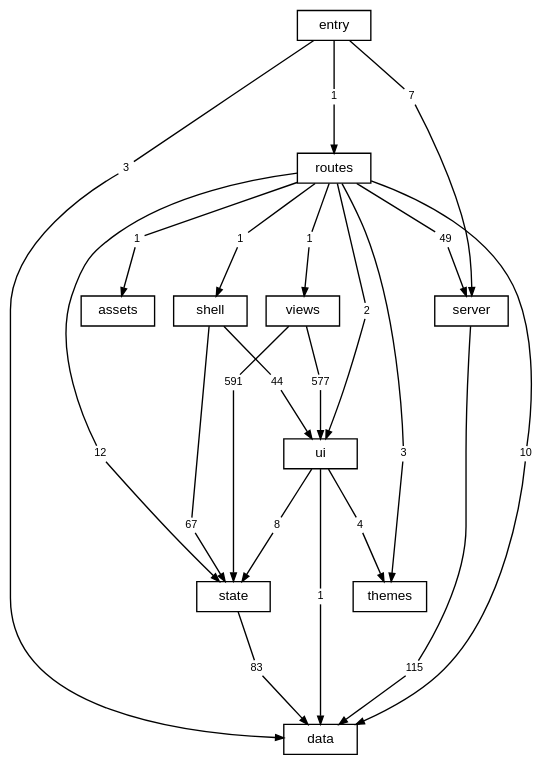
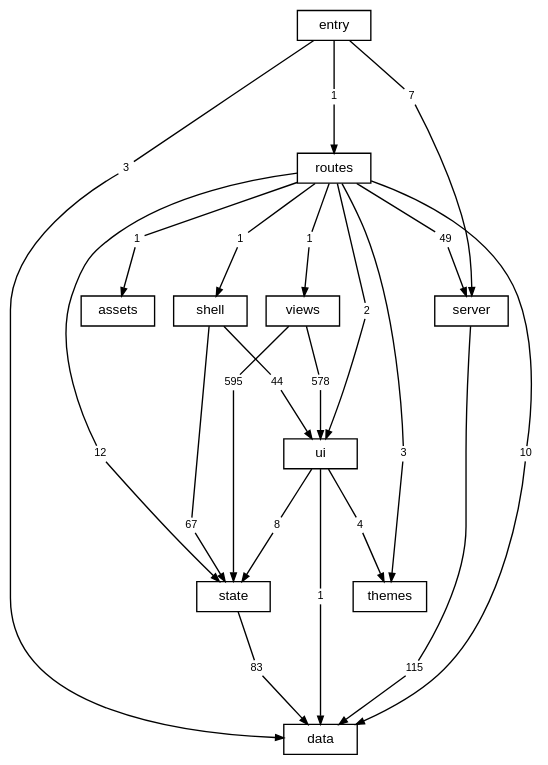
One commit to TheAxeC/oculus changed the diagram in docs/diagrams/layers.dot. Above: the diagram before and after it, drawn with Graphviz. The commit also changed 49 other files, not shown here.

```diff
--- a/docs/diagrams/layers.dot
+++ b/docs/diagrams/layers.dot
@@ -1,75 +1,75 @@
 digraph layers {
     graph [bgcolor="transparent", rankdir=TB, newrank=true, fontname="Helvetica,Arial,sans-serif", fontsize=12, nodesep=0.2, ranksep=0.5];
     node [shape=box, color="black", fontcolor="black", fontname="Helvetica,Arial,sans-serif", fontsize=10, height=0.3, margin="0.12,0.04"];
     edge [color="black", fontcolor="black", fontname="Helvetica,Arial,sans-serif", fontsize=8, arrowsize=0.6];
     "data";
     "server";
     "state";
     "ui";
     "shell";
     "views";
     "themes";
     "routes";
     "src" [label="entry"];
     "files: assets" [label="assets"];
     "routes to data" [label="10", shape=box, color="transparent", fontsize=8, width=0, height=0, margin="0.04,0.02"];
     "routes" -> "routes to data" [arrowhead=none];
     "routes to data" -> "data" [];
     "routes to files: assets" [label="1", shape=box, color="transparent", fontsize=8, width=0, height=0, margin="0.04,0.02"];
     "routes" -> "routes to files: assets" [arrowhead=none];
     "routes to files: assets" -> "files: assets" [];
     "routes to server" [label="49", shape=box, color="transparent", fontsize=8, width=0, height=0, margin="0.04,0.02"];
     "routes" -> "routes to server" [arrowhead=none];
     "routes to server" -> "server" [];
     "routes to shell" [label="1", shape=box, color="transparent", fontsize=8, width=0, height=0, margin="0.04,0.02"];
     "routes" -> "routes to shell" [arrowhead=none];
     "routes to shell" -> "shell" [];
     "routes to state" [label="12", shape=box, color="transparent", fontsize=8, width=0, height=0, margin="0.04,0.02"];
     "routes" -> "routes to state" [arrowhead=none];
     "routes to state" -> "state" [];
     "routes to themes" [label="3", shape=box, color="transparent", fontsize=8, width=0, height=0, margin="0.04,0.02"];
     "routes" -> "routes to themes" [arrowhead=none];
     "routes to themes" -> "themes" [];
     "routes to ui" [label="2", shape=box, color="transparent", fontsize=8, width=0, height=0, margin="0.04,0.02"];
     "routes" -> "routes to ui" [arrowhead=none];
     "routes to ui" -> "ui" [];
     "routes to views" [label="1", shape=box, color="transparent", fontsize=8, width=0, height=0, margin="0.04,0.02"];
     "routes" -> "routes to views" [arrowhead=none];
     "routes to views" -> "views" [];
     "server to data" [label="115", shape=box, color="transparent", fontsize=8, width=0, height=0, margin="0.04,0.02"];
     "server" -> "server to data" [arrowhead=none];
     "server to data" -> "data" [];
     "shell to state" [label="67", shape=box, color="transparent", fontsize=8, width=0, height=0, margin="0.04,0.02"];
     "shell" -> "shell to state" [arrowhead=none];
     "shell to state" -> "state" [];
     "shell to ui" [label="44", shape=box, color="transparent", fontsize=8, width=0, height=0, margin="0.04,0.02"];
     "shell" -> "shell to ui" [arrowhead=none];
     "shell to ui" -> "ui" [];
     "src to data" [label="3", shape=box, color="transparent", fontsize=8, width=0, height=0, margin="0.04,0.02"];
     "src" -> "src to data" [arrowhead=none];
     "src to data" -> "data" [];
     "src to routes" [label="1", shape=box, color="transparent", fontsize=8, width=0, height=0, margin="0.04,0.02"];
     "src" -> "src to routes" [arrowhead=none];
     "src to routes" -> "routes" [];
     "src to server" [label="7", shape=box, color="transparent", fontsize=8, width=0, height=0, margin="0.04,0.02"];
     "src" -> "src to server" [arrowhead=none];
     "src to server" -> "server" [];
     "state to data" [label="83", shape=box, color="transparent", fontsize=8, width=0, height=0, margin="0.04,0.02"];
     "state" -> "state to data" [arrowhead=none];
     "state to data" -> "data" [];
     "ui to data" [label="1", shape=box, color="transparent", fontsize=8, width=0, height=0, margin="0.04,0.02"];
     "ui" -> "ui to data" [arrowhead=none];
     "ui to data" -> "data" [];
     "ui to state" [label="8", shape=box, color="transparent", fontsize=8, width=0, height=0, margin="0.04,0.02"];
     "ui" -> "ui to state" [arrowhead=none];
     "ui to state" -> "state" [];
     "ui to themes" [label="4", shape=box, color="transparent", fontsize=8, width=0, height=0, margin="0.04,0.02"];
     "ui" -> "ui to themes" [arrowhead=none];
     "ui to themes" -> "themes" [];
-    "views to state" [label="591", shape=box, color="transparent", fontsize=8, width=0, height=0, margin="0.04,0.02"];
+    "views to state" [label="595", shape=box, color="transparent", fontsize=8, width=0, height=0, margin="0.04,0.02"];
     "views" -> "views to state" [arrowhead=none];
     "views to state" -> "state" [];
-    "views to ui" [label="577", shape=box, color="transparent", fontsize=8, width=0, height=0, margin="0.04,0.02"];
+    "views to ui" [label="578", shape=box, color="transparent", fontsize=8, width=0, height=0, margin="0.04,0.02"];
     "views" -> "views to ui" [arrowhead=none];
     "views to ui" -> "ui" [];
 }
```
